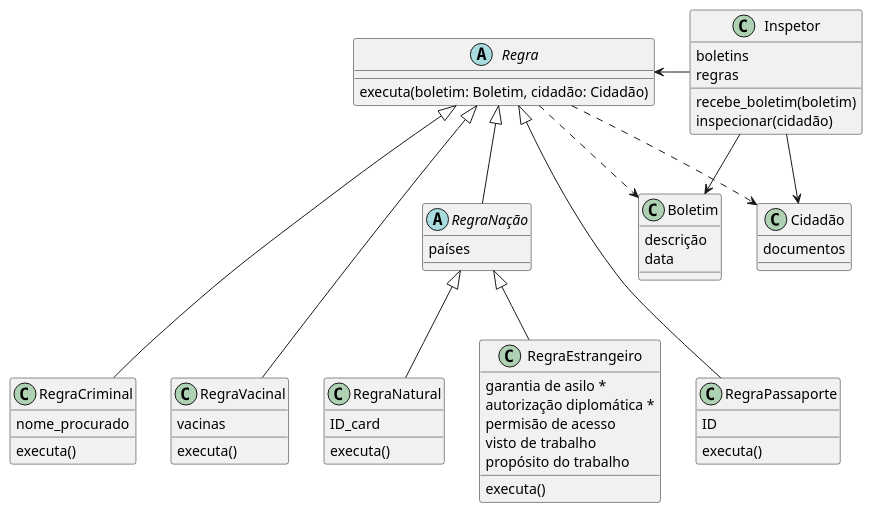
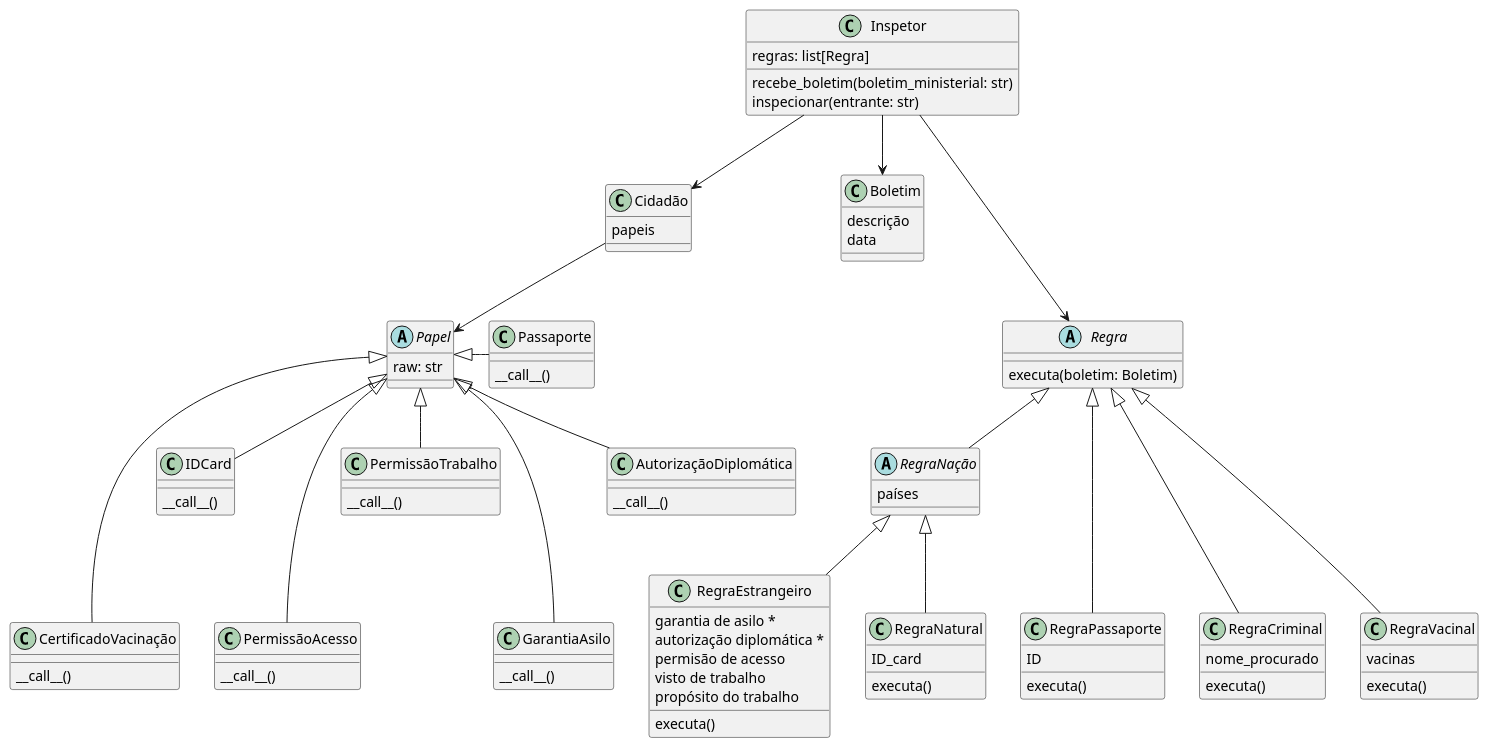
One commit to ralphribeiro/papers_please changed the diagram in scketch.pu. Above: the diagram before and after it, drawn with PlantUML.

Commit message:
mais uma investida

```diff
--- a/scketch.pu
+++ b/scketch.pu
@@ -1,71 +1,110 @@
 @startuml
 
 class Cidadão{
-    documentos
+    papeis
 }
 
 class Boletim{
     descrição
     data
 }
 
 class Inspetor{
-    boletins
-    regras
-    recebe_boletim(boletim)
-    inspecionar(cidadão)
+    regras: list[Regra]
+    recebe_boletim(boletim_ministerial: str)
+    inspecionar(entrante: str)
 }
 
 abstract Regra{
-    executa(boletim: Boletim, cidadão: Cidadão)
+    executa(boletim: Boletim)
 }
 
 abstract RegraNação{
     países
 }
 
 class RegraPassaporte{
     ID
     executa()
 }
 
 class RegraCriminal{
     nome_procurado
     executa()
 }
 
 class RegraVacinal{
     vacinas
     executa()
 }
 
 class RegraEstrangeiro{
     garantia de asilo *
     autorização diplomática *
     permisão de acesso
     visto de trabalho
     propósito do trabalho
     executa()
 }
 
 class RegraNatural{
     ID_card
     executa()
 }
 
-Regra ..> Cidadão
-Regra ..> Boletim
+abstract Papel{
+    raw: str
+}
+
+class Passaporte{
+    __call__()
+}
+
+class CertificadoVacinação{
+    __call__()
+}
+
+class IDCard{
+    __call__()
+}
+
+class PermissãoAcesso{
+    __call__()
+}
+
+class PermissãoTrabalho{
+    __call__()
+}
+
+class GarantiaAsilo{
+    __call__()
+}    
+
+class AutorizaçãoDiplomática{
+    __call__()
+}
+
+
+Papel <|- Passaporte
+Papel <|--- CertificadoVacinação
+Papel <|-- IDCard
+Papel <|--- PermissãoAcesso
+Papel <|-- PermissãoTrabalho
+Papel <|--- GarantiaAsilo
+Papel <|-- AutorizaçãoDiplomática
+
+Cidadão --> Papel
 
 Regra <|-- RegraNação
 Regra <|--- RegraCriminal
 Regra <|--- RegraPassaporte
 Regra <|--- RegraVacinal
 RegraNação <|-- RegraNatural
 RegraNação <|-- RegraEstrangeiro
 
-Regra <- Inspetor
-
-Inspetor -> Boletim
+Inspetor ---> Regra
+Inspetor --> Boletim
 Inspetor --> Cidadão
 
+
 @enduml
```
